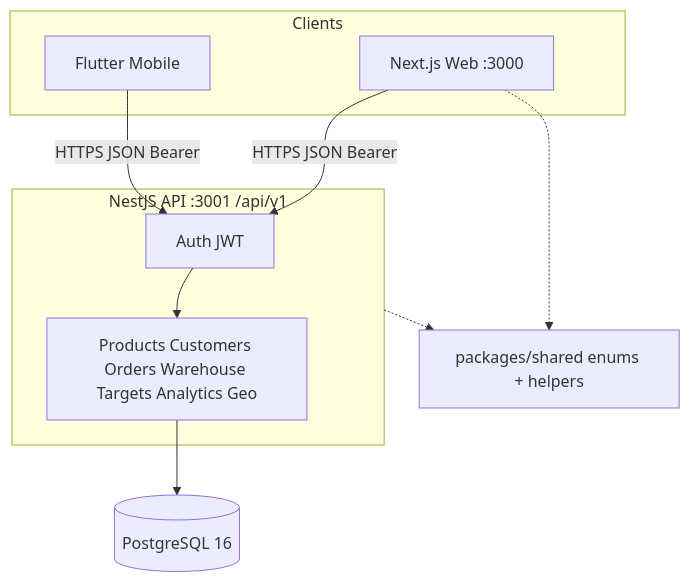
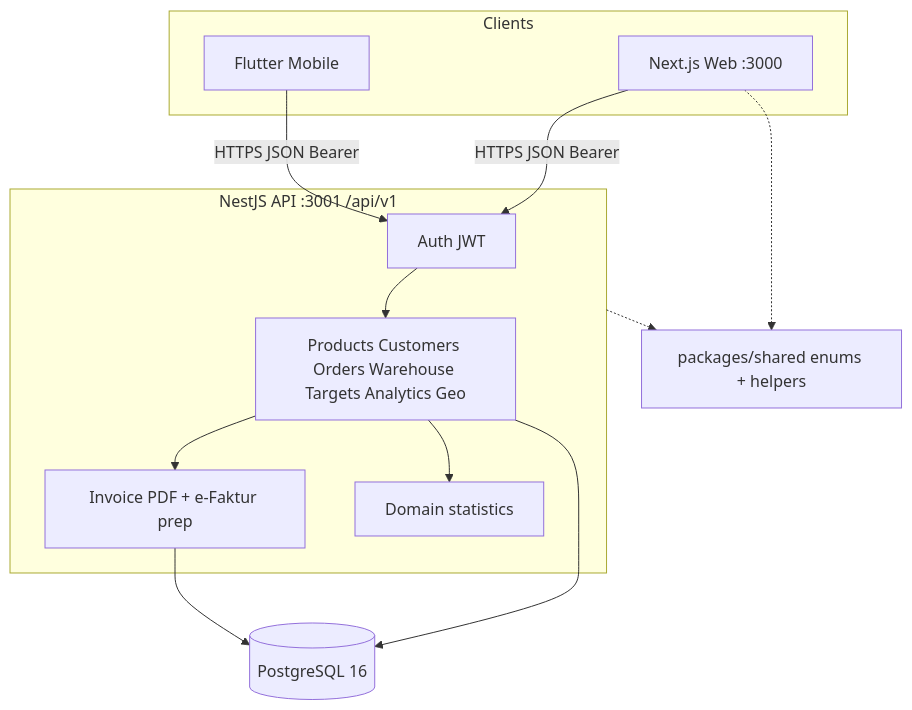
One commit to RifqiMT/umkm-hub changed the diagram in docs/ARCHITECTURE.md. Above: the diagram before and after it, drawn with Mermaid. The commit also changed other lines of this file and 250 other files, not shown here.

First line of the commit message:
Release UMKM Hub v1.5.233: invoicing, data transfer, i18n, and domain statistics

````diff
--- a/docs/ARCHITECTURE.md
+++ b/docs/ARCHITECTURE.md
@@ -13,22 +13,27 @@
 ```mermaid
 flowchart TB
   subgraph Clients
     Web[Next.js Web :3000]
     Mobile[Flutter Mobile]
   end
 
   subgraph API["NestJS API :3001 /api/v1"]
     Auth[Auth JWT]
     Domain[Products Customers Orders Warehouse Targets Analytics Geo]
+    Invoice[Invoice PDF + e-Faktur prep]
+    Stats[Domain statistics]
   end
 
   DB[(PostgreSQL 16)]
   Shared["packages/shared enums + helpers"]
 
   Web -->|HTTPS JSON Bearer| Auth
   Mobile -->|HTTPS JSON Bearer| Auth
   Auth --> Domain
+  Domain --> Invoice
+  Domain --> Stats
   Domain --> DB
+  Invoice --> DB
   Web -.-> Shared
   API -.-> Shared
 ```
````
